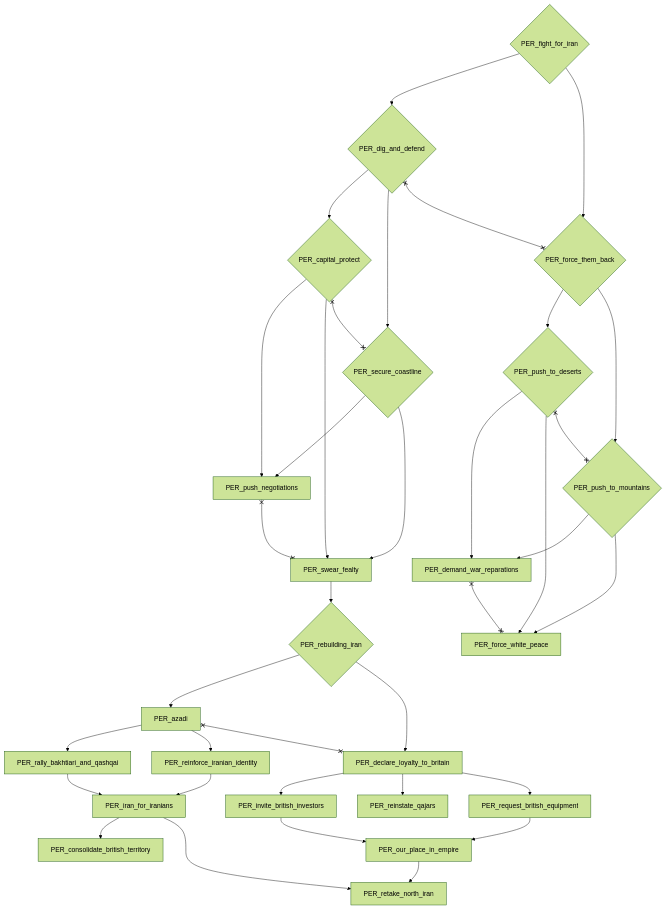
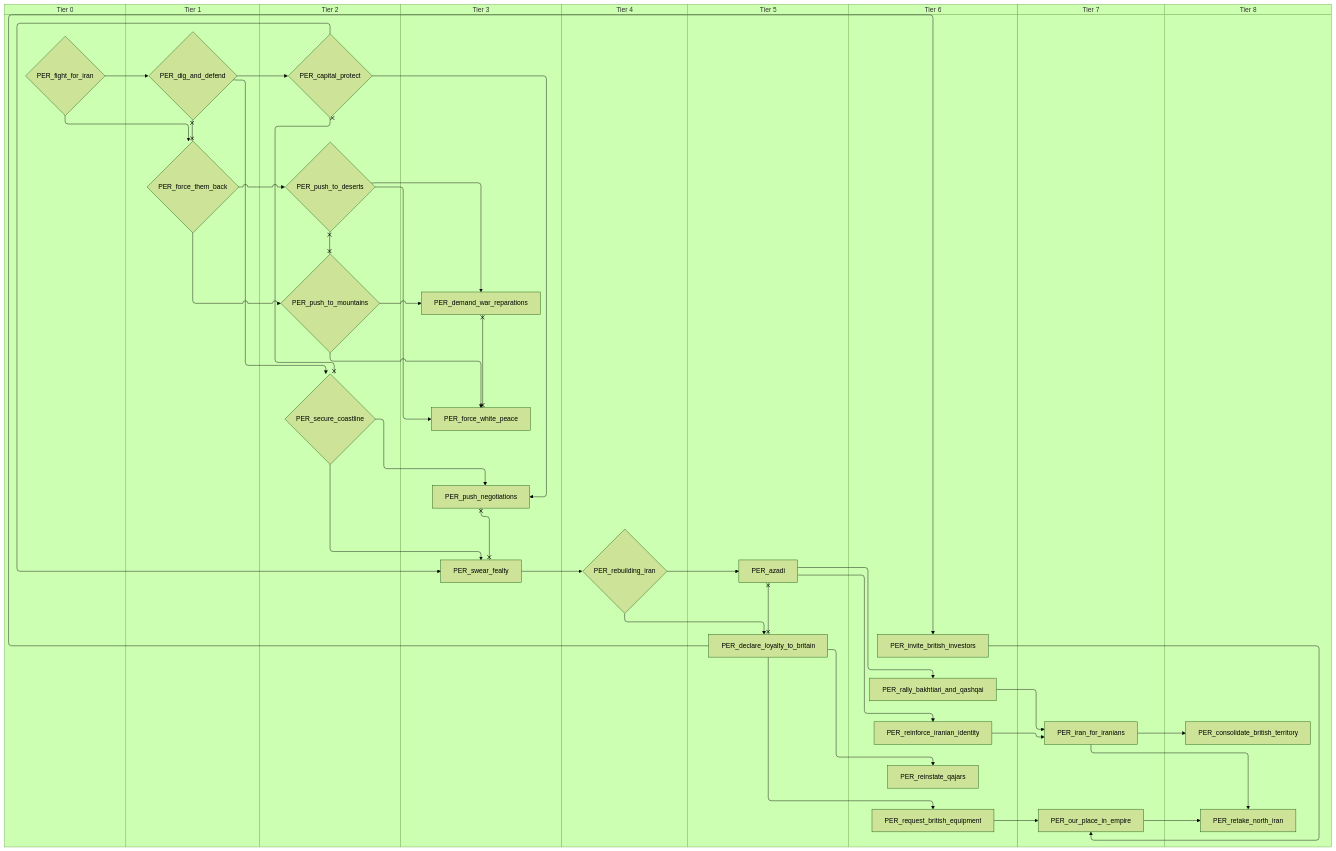
The third of 7 diagrams in docs/gdd/National Focuses/persia.md (evgeny-sobol/hoi4-sandbox-mode), drawn with Mermaid (forest theme) before and after one commit. The commit also changed other lines of this file and 80 other files, not shown here.

First line of the commit message:
Add swimlane mode to focus graph exporter

````diff
--- a/docs/gdd/National Focuses/persia.md
+++ b/docs/gdd/National Focuses/persia.md
@@ -83,61 +111,79 @@
 ```mermaid
-flowchart TD
-    n29["PER_azadi"]
-    n30{"PER_capital_protect"}
-    n31["PER_consolidate_british_territory"]
-    n32["PER_declare_loyalty_to_britain"]
-    n33["PER_demand_war_reparations"]
-    n34{"PER_dig_and_defend"}
-    n35{"PER_fight_for_iran"}
-    n36{"PER_force_them_back"}
-    n37["PER_force_white_peace"]
-    n38["PER_invite_british_investors"]
-    n39["PER_iran_for_iranians"]
-    n40["PER_our_place_in_empire"]
-    n41["PER_push_negotiations"]
-    n42{"PER_push_to_deserts"}
-    n43{"PER_push_to_mountains"}
-    n44["PER_rally_bakhtiari_and_qashqai"]
-    n45{"PER_rebuilding_iran"}
-    n46["PER_reinforce_iranian_identity"]
-    n47["PER_reinstate_qajars"]
-    n48["PER_request_british_equipment"]
-    n49["PER_retake_north_iran"]
-    n50{"PER_secure_coastline"}
-    n51["PER_swear_fealty"]
-    n45 --> n29
-    n34 --> n30
-    n39 --> n31
-    n45 --> n32
-    n42 --> n33
-    n43 --> n33
-    n35 --> n34
-    n35 --> n36
-    n42 --> n37
-    n43 --> n37
+swimlane-beta TD
+    subgraph tier_0["Tier 0"]
+        n29{"PER_fight_for_iran"}
+    end
+    subgraph tier_1["Tier 1"]
+        n30{"PER_dig_and_defend"}
+        n31{"PER_force_them_back"}
+    end
+    subgraph tier_2["Tier 2"]
+        n32{"PER_capital_protect"}
+        n33{"PER_push_to_deserts"}
+        n34{"PER_push_to_mountains"}
+        n35{"PER_secure_coastline"}
+    end
+    subgraph tier_3["Tier 3"]
+        n36["PER_demand_war_reparations"]
+        n37["PER_force_white_peace"]
+        n38["PER_push_negotiations"]
+        n39["PER_swear_fealty"]
+    end
+    subgraph tier_4["Tier 4"]
+        n40{"PER_rebuilding_iran"}
+    end
+    subgraph tier_5["Tier 5"]
+        n41["PER_azadi"]
+        n42["PER_declare_loyalty_to_britain"]
+    end
+    subgraph tier_6["Tier 6"]
+        n43["PER_invite_british_investors"]
+        n44["PER_rally_bakhtiari_and_qashqai"]
+        n45["PER_reinforce_iranian_identity"]
+        n46["PER_reinstate_qajars"]
+        n47["PER_request_british_equipment"]
+    end
+    subgraph tier_7["Tier 7"]
+        n48["PER_iran_for_iranians"]
+        n49["PER_our_place_in_empire"]
+    end
+    subgraph tier_8["Tier 8"]
+        n50["PER_consolidate_british_territory"]
+        n51["PER_retake_north_iran"]
+    end
+    n40 --> n41
+    n30 --> n32
+    n48 --> n50
+    n40 --> n42
+    n33 --> n36
+    n34 --> n36
+    n29 --> n30
+    n29 --> n31
+    n33 --> n37
+    n34 --> n37
+    n42 --> n43
+    n44 --> n48
+    n45 --> n48
+    n47 --> n49
+    n43 --> n49
     n32 --> n38
-    n44 --> n39
-    n46 --> n39
-    n48 --> n40
-    n38 --> n40
-    n30 --> n41
-    n50 --> n41
-    n36 --> n42
-    n36 --> n43
-    n29 --> n44
-    n51 --> n45
-    n29 --> n46
-    n32 --> n47
-    n32 --> n48
-    n40 --> n49
-    n39 --> n49
-    n34 --> n50
-    n30 --> n51
-    n50 --> n51
-    n29 x--x n32
-    n30 x--x n50
-    n33 x--x n37
-    n34 x--x n36
-    n41 x--x n51
-    n42 x--x n43
+    n35 --> n38
+    n31 --> n33
+    n31 --> n34
+    n41 --> n44
+    n39 --> n40
+    n41 --> n45
+    n42 --> n46
+    n42 --> n47
+    n49 --> n51
+    n48 --> n51
+    n30 --> n35
+    n32 --> n39
+    n35 --> n39
+    n41 x--x n42
+    n32 x--x n35
+    n36 x--x n37
+    n30 x--x n31
+    n38 x--x n39
+    n33 x--x n34
 ```
````
